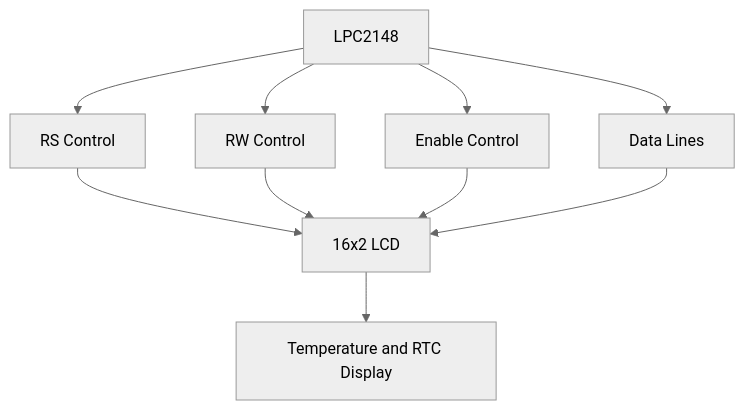
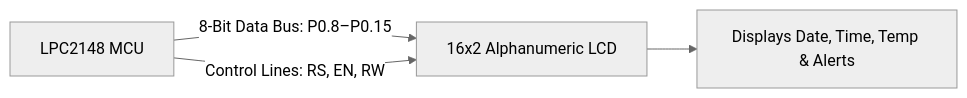
The fourth of 10 diagrams in README.md (maghambhanu/LPC2148-Industrial-Environment-Monitor), drawn with Mermaid (neutral theme) before and after one commit. The commit also changed other lines of this file, not shown here.

````diff
--- a/README.md
+++ b/README.md
@@ -190,12 +186,6 @@
 ```mermaid
-flowchart TD
-    A[LPC2148] --> B[RS Control]
-    A --> C[RW Control]
-    A --> D[Enable Control]
-    A --> E[Data Lines]
-    B --> F[16x2 LCD]
-    C --> F
-    D --> F
-    E --> F
-    F --> G[Temperature and RTC Display]
+flowchart LR
+    A[LPC2148 MCU] -->|8-Bit Data Bus: P0.8–P0.15| B[16x2 Alphanumeric LCD]
+    A -->|Control Lines: RS, EN, RW| B
+    B --> C[Displays Date, Time, Temp & Alerts]
 ```
````
